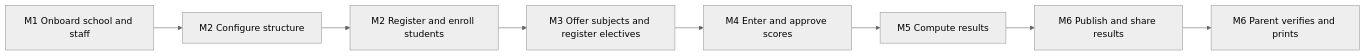
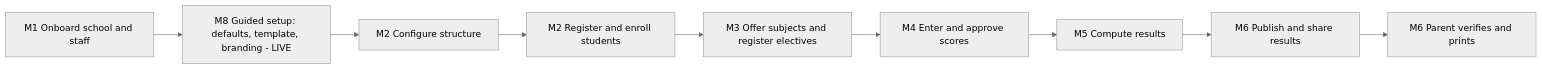
The first of 2 diagrams in docs/frontend/user-journeys.md (Dev-Eyitayo/Student-Portal), drawn with Mermaid (neutral theme) before and after one commit. The commit also changed other lines of this file and 35 other files, not shown here.

````diff
--- a/docs/frontend/user-journeys.md
+++ b/docs/frontend/user-journeys.md
@@ -9,10 +9,11 @@
 ```mermaid
 flowchart LR
-    Onboard[M1 Onboard school and staff] --> Structure[M2 Configure structure]
+    Onboard[M1 Onboard school and staff] --> Wizard[M8 Guided setup: defaults, template, branding - LIVE]
+    Wizard --> Structure[M2 Configure structure]
     Structure --> Students[M2 Register and enroll students]
     Students --> Subjects[M3 Offer subjects and register electives]
     Subjects --> Scores[M4 Enter and approve scores]
     Scores --> Compute[M5 Compute results]
     Compute --> Publish[M6 Publish and share results]
     Publish --> Verify[M6 Parent verifies and prints]
 ```
````
